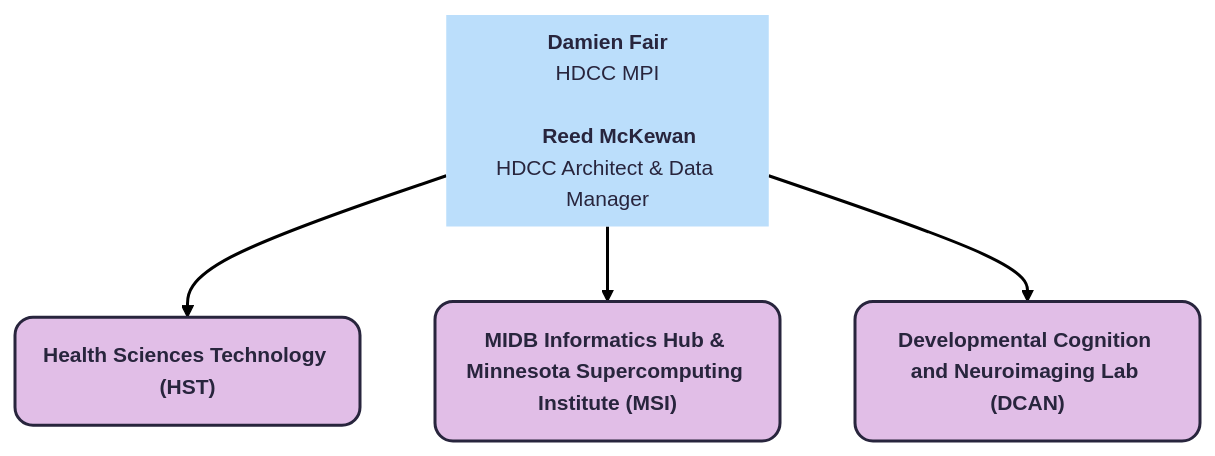
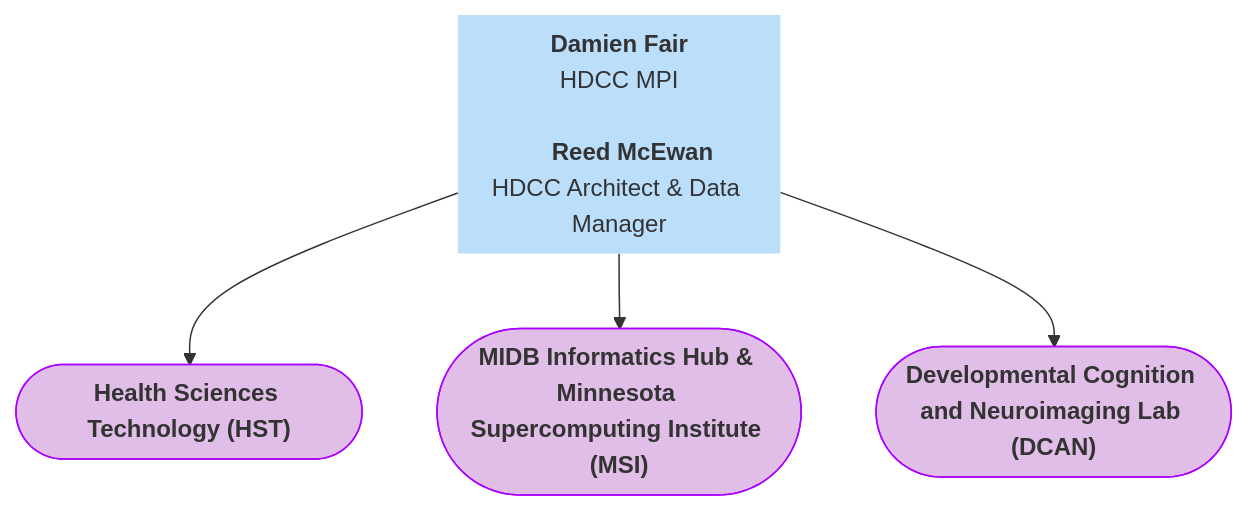
The fourth of 7 diagrams in docs/orgcharts.md (DCAN-Labs/hbcd-docs-internal), drawn with Mermaid before and after one commit. The commit also changed other lines of this file, not shown here.

````diff
--- a/docs/orgcharts.md
+++ b/docs/orgcharts.md
@@ -344,22 +343,17 @@
 ```mermaid
 ---
 config:
-  theme: redux
   layout: dagre
 ---
 flowchart TB
     A1["<b>Damien Fair</b><br>HDCC MPI<br>
-    <b>Reed McKewan</b><br>HDCC Architect &amp; Data Manager"] --> HST["<b>Health Sciences Technology (HST)</b><br>"]
-    A1 --> MIDB["<b>MIDB Informatics Hub & Minnesota Supercomputing Institute (MSI)</b><br>"] & DCAN["<b>Developmental Cognition and Neuroimaging Lab (DCAN)</b>"]
+    <b>Reed McEwan</b><br>HDCC Architect &amp; Data Manager"] --> HST(["<b>Health Sciences Technology (HST)</b><br>"]) & MIDB(["<b>MIDB Informatics Hub &amp; Minnesota Supercomputing Institute (MSI)</b><br>"]) & DCAN(["<b>Developmental Cognition and Neuroimaging Lab (DCAN)</b>"])
     A1@{ shape: text}
-    HST@{ shape: rounded}
-    MIDB@{ shape: rounded}
-    DCAN@{ shape: rounded}
     style A1 fill:#BBDEFB
-    style HST fill:#E1BEE7
-    style MIDB fill:#E1BEE7
-    style DCAN fill:#E1BEE7
+    style HST fill:#E1BEE7,stroke:#AA00FF
+    style DCAN fill:#E1BEE7,stroke:#AA00FF
+    style MIDB fill:#E1BEE7,stroke:#AA00FF
     click HST "#health-sciences-technology-hst"
     click MIDB "#masonic-institute-for-the-developing-brain-midb-informatics-hub"
     click DCAN "#dcan-lab"
 ```
````
